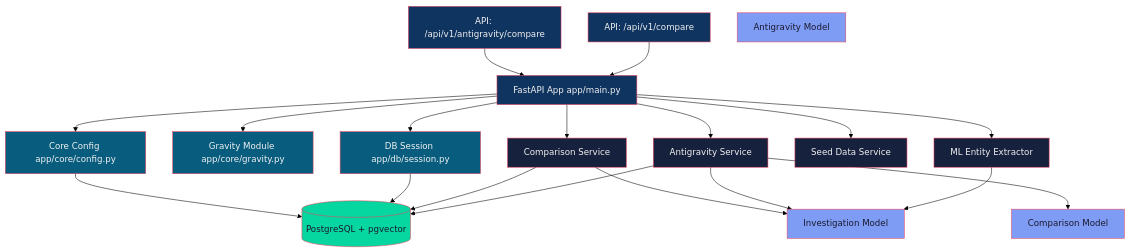
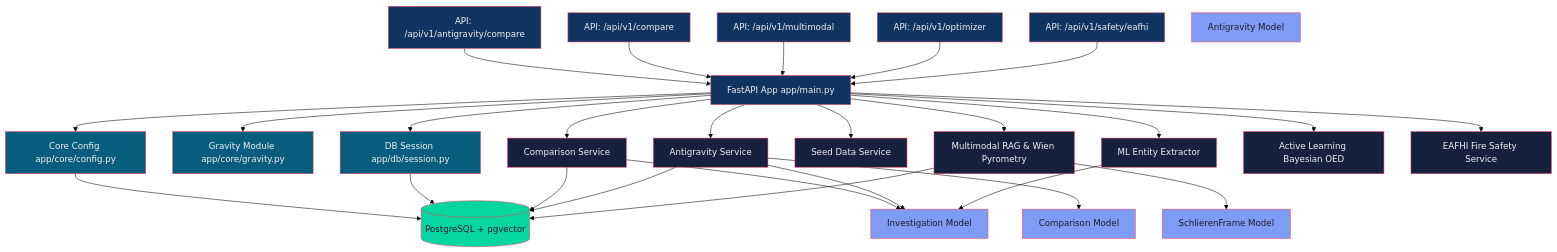
One commit to maxtronh/NASA-SPACE-APP-2026 changed the second of 5 diagrams in MERMAID_DIAGRAMS.md. Above: the diagram before and after it, drawn with Mermaid (forest theme). The commit also changed other lines of this file and 14 other files, not shown here.

````diff
--- a/MERMAID_DIAGRAMS.md
+++ b/MERMAID_DIAGRAMS.md
@@ -62,37 +63,48 @@
 ```mermaid
 graph TB
     classDef api fill:#0f3460,color:#f1f1f1,stroke:#e94560;
     classDef service fill:#16213e,color:#f1f1f1,stroke:#e94560;
     classDef core fill:#085d7e,color:#f1f1f1,stroke:#e94560;
     classDef db fill:#06d6a0,color:#1a1a2e,stroke:#e94560;
     classDef model fill:#7f9cf5,color:#1a1a2e,stroke:#e94560;
     
     app[FastAPI App app/main.py]:::api
     config[Core Config app/core/config.py]:::core
     gravity[Gravity Module app/core/gravity.py]:::core
     session[DB Session app/db/session.py]:::core
     compare[Comparison Service]:::service
     antigravity[Antigravity Service]:::service
     seed[Seed Data Service]:::service
     entity[ML Entity Extractor]:::service
+    multi_service[Multimodal RAG & Wien Pyrometry]:::service
+    oed_service[Active Learning Bayesian OED]:::service
+    eafhi_service[EAFHI Fire Safety Service]:::service
     
     antigw_endpoint[API: /api/v1/antigravity/compare]:::api
     cmp_endpoint[API: /api/v1/compare]:::api
+    multi_endpoint[API: /api/v1/multimodal]:::api
+    oed_endpoint[API: /api/v1/optimizer]:::api
+    safe_endpoint[API: /api/v1/safety/eafhi]:::api
     
     inv_model[Investigation Model]:::model
     cmp_model[Comparison Model]:::model
     ant_model[Antigravity Model]:::model
+    multi_model[SchlierenFrame Model]:::model
     
     pg_db[(PostgreSQL + pgvector)]:::db
     
-    app --> config & gravity & session & compare & antigravity & seed & entity
+    app --> config & gravity & session & compare & antigravity & seed & entity & multi_service & oed_service & eafhi_service
     config --> pg_db
     session --> pg_db
     
     compare --> inv_model & pg_db
     antigravity --> inv_model & cmp_model & pg_db
     entity --> inv_model
+    multi_service --> multi_model & pg_db
     
     antigw_endpoint --> app
     cmp_endpoint --> app
+    multi_endpoint --> app
+    oed_endpoint --> app
+    safe_endpoint --> app
 ```
````
